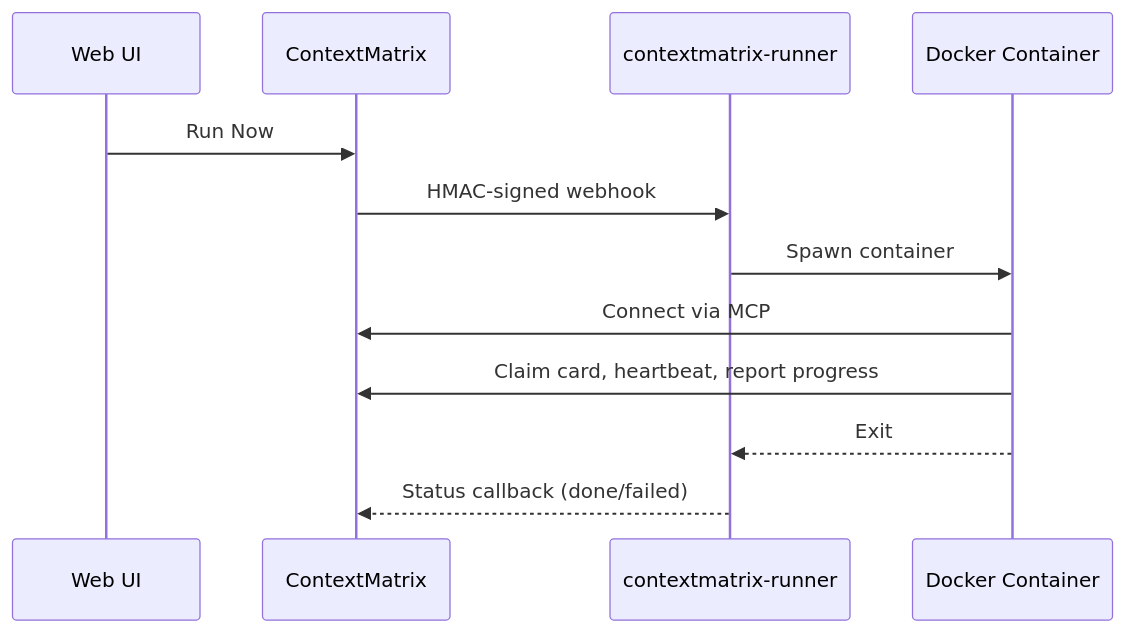
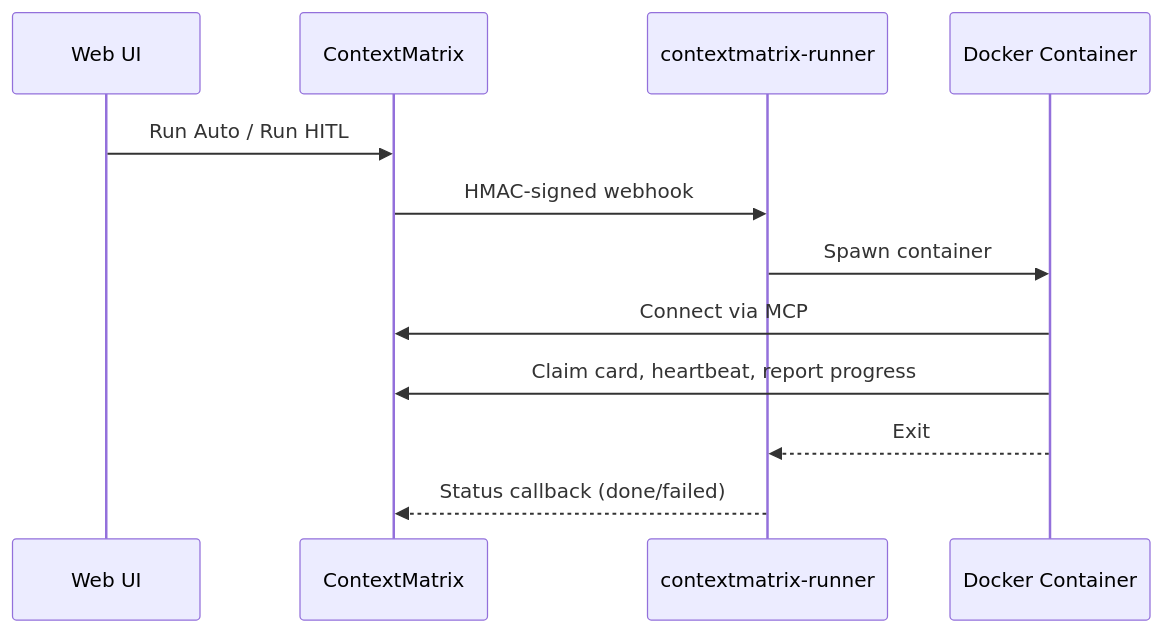
Before and after one commit to mhersson/contextmatrix: the diagram in README.md, drawn with Mermaid. The commit also changed other lines of this file and 2 other files, not shown here.

````diff
--- a/README.md
+++ b/README.md
@@ -355,15 +358,15 @@
 ```mermaid
 sequenceDiagram
     participant UI as Web UI
     participant CM as ContextMatrix
     participant R as contextmatrix-runner
     participant D as Docker Container
 
-    UI->>CM: Run Now
+    UI->>CM: Run Auto / Run HITL
     CM->>R: HMAC-signed webhook
     R->>D: Spawn container
     D->>CM: Connect via MCP
     D->>CM: Claim card, heartbeat, report progress
     D-->>R: Exit
     R-->>CM: Status callback (done/failed)
 ```
````
